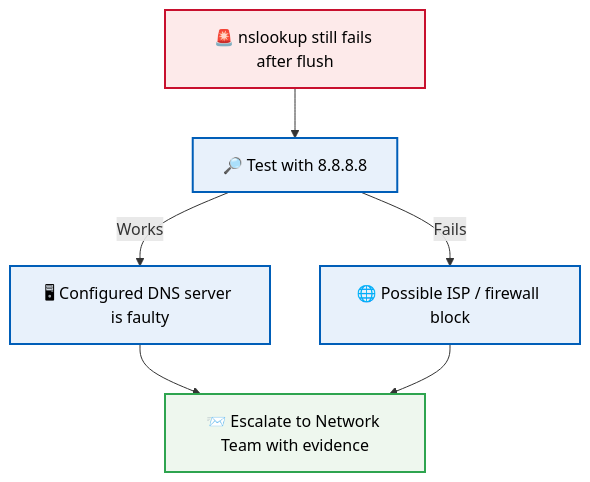
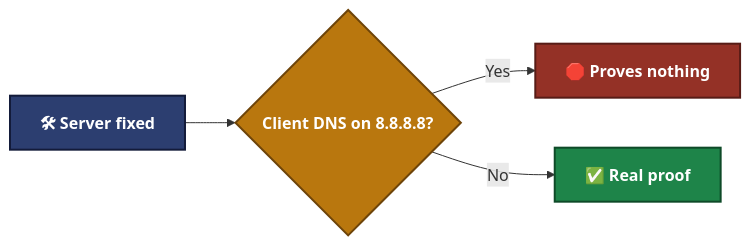
The fourth of 6 diagrams in 01-video-knowledge-base/01.1-DNS-Resolution-Issue.md (malaika-azhar/Customer-Tech-Support-Portfolio), drawn with Mermaid before and after one commit. The commit also changed other lines of this file, not shown here.

````diff
--- a/01-video-knowledge-base/01.1-DNS-Resolution-Issue.md
+++ b/01-video-knowledge-base/01.1-DNS-Resolution-Issue.md
@@ -251,12 +363,11 @@
 ```mermaid
-flowchart TD
-    A["🚨 nslookup still fails after flush"]:::alert --> B["🔎 Test with 8.8.8.8"]:::work
-    B -->|Works| C["🖥 Configured DNS server is faulty"]:::work
-    B -->|Fails| D["🌐 Possible ISP / firewall block"]:::work
-    C --> E["📨 Escalate to Network Team with evidence"]:::done
-    D --> E
+flowchart LR
+    A["🛠 Server fixed"]:::work --> B{"Client DNS on 8.8.8.8?"}:::ask
+    B -->|Yes| C["🛑 Proves nothing"]:::bad
+    B -->|No| D["✅ Real proof"]:::good
 
-    classDef alert fill:#fdeaea,stroke:#C8102E,stroke-width:2px,color:#000
-    classDef work fill:#e8f1fb,stroke:#005EB8,stroke-width:2px,color:#000
-    classDef done fill:#eef7ee,stroke:#2ea44f,stroke-width:2px,color:#000
+    classDef work fill:#2C3E70,stroke:#131B3A,stroke-width:2px,color:#FFFFFF,font-weight:bold
+    classDef ask fill:#B9770E,stroke:#6E4409,stroke-width:2px,color:#FFFFFF,font-weight:bold
+    classDef bad fill:#943126,stroke:#571C16,stroke-width:2px,color:#FFFFFF,font-weight:bold
+    classDef good fill:#1E8449,stroke:#0E4A28,stroke-width:2px,color:#FFFFFF,font-weight:bold
 ```
````
